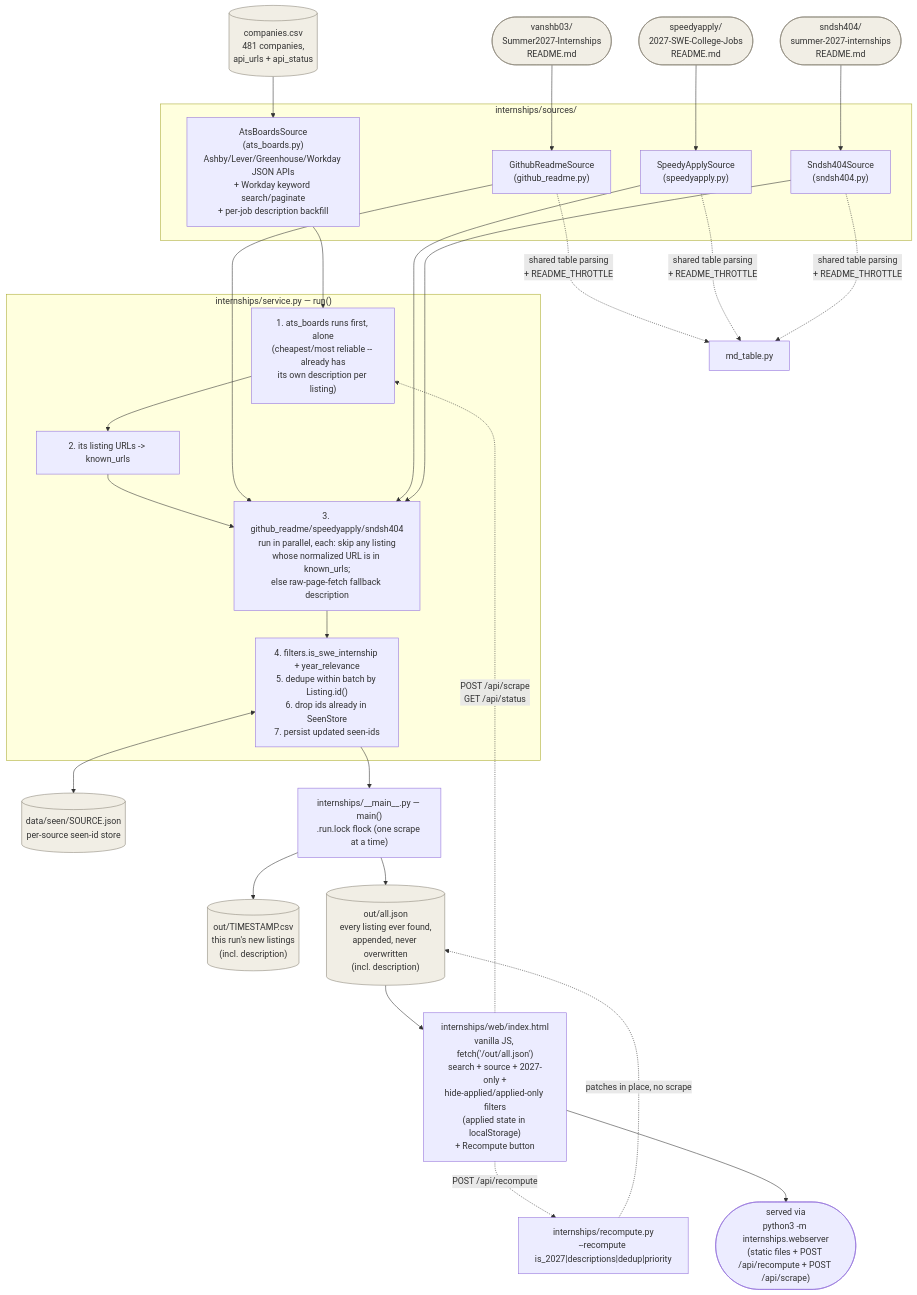
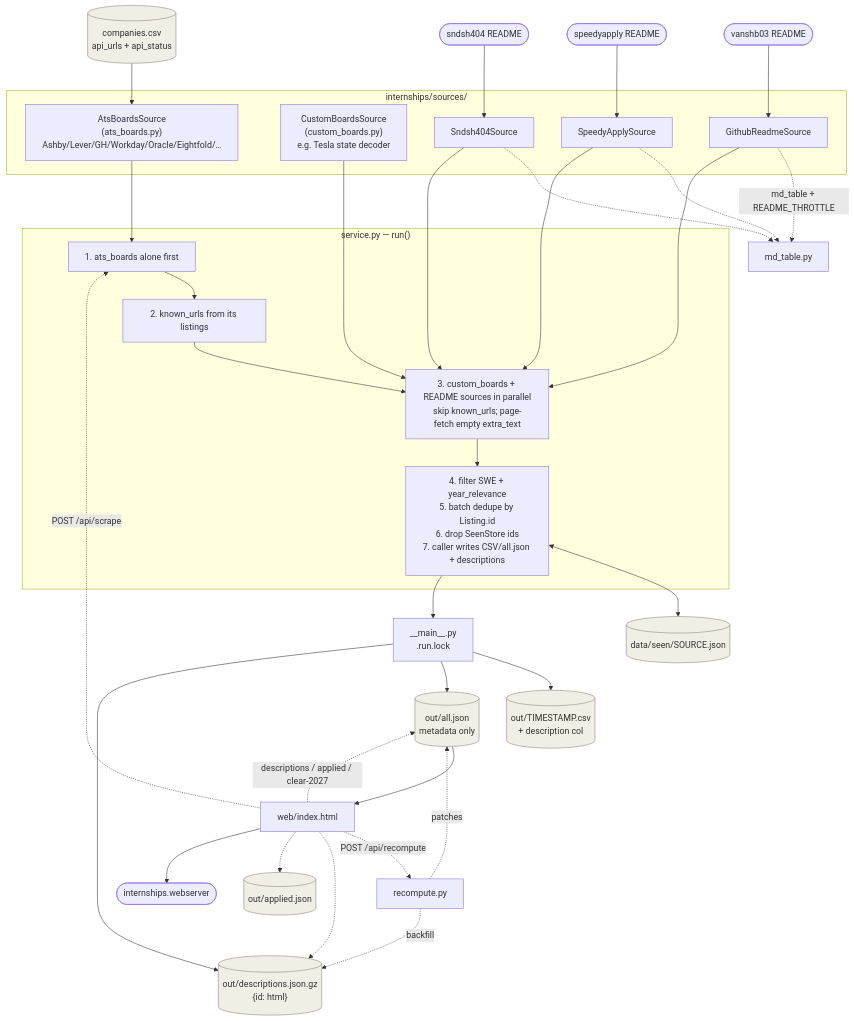
The diagram in docs/architecture.md (douglasichen/internships), drawn with Mermaid before and after one commit. The commit also changed other lines of this file and 7 other files, not shown here.

First line of the commit message:
Docs: refresh README, architecture, and agent notes (#64)

````diff
--- a/docs/architecture.md
+++ b/docs/architecture.md
@@ -9,53 +9,59 @@
 ```mermaid
 flowchart TD
     subgraph Sources["internships/sources/"]
-        ATS["AtsBoardsSource\n(ats_boards.py)\nAshby/Lever/Greenhouse/Workday JSON APIs\n+ Workday keyword search/paginate\n+ per-job description backfill"]
-        GH["GithubReadmeSource\n(github_readme.py)"]
-        SA["SpeedyApplySource\n(speedyapply.py)"]
-        SN["Sndsh404Source\n(sndsh404.py)"]
+        ATS["AtsBoardsSource\n(ats_boards.py)\nAshby/Lever/GH/Workday/Oracle/Eightfold/…"]
+        CB["CustomBoardsSource\n(custom_boards.py)\ne.g. Tesla state decoder"]
+        GH["GithubReadmeSource"]
+        SA["SpeedyApplySource"]
+        SN["Sndsh404Source"]
     end
 
-    CSV[("companies.csv\n481 companies,\napi_urls + api_status")] --> ATS
-    R1(["vanshb03/\nSummer2027-Internships\nREADME.md"]) --> GH
-    R2(["speedyapply/\n2027-SWE-College-Jobs\nREADME.md"]) --> SA
-    R3(["sndsh404/\nsummer-2027-internships\nREADME.md"]) --> SN
+    CSV[("companies.csv\napi_urls + api_status")] --> ATS
+    R1(["vanshb03 README"]) --> GH
+    R2(["speedyapply README"]) --> SA
+    R3(["sndsh404 README"]) --> SN
 
-    GH -.->|shared table parsing\n+ README_THROTTLE| MD["md_table.py"]
-    SA -.->|shared table parsing\n+ README_THROTTLE| MD
-    SN -.->|shared table parsing\n+ README_THROTTLE| MD
+    GH -.->|md_table + README_THROTTLE| MD["md_table.py"]
+    SA -.-> MD
+    SN -.-> MD
 
-    subgraph Orchestrator["internships/service.py — run()"]
-        STEP1["1. ats_boards runs first, alone\n(cheapest/most reliable -- already has\nits own description per listing)"]
-        STEP2["2. its listing URLs -> known_urls"]
-        STEP3["3. github_readme/speedyapply/sndsh404\nrun in parallel, each: skip any listing\nwhose normalized URL is in known_urls;\nelse raw-page-fetch fallback description"]
-        STEP4["4. filters.is_swe_internship + year_relevance\n5. dedupe within batch by Listing.id()\n6. drop ids already in SeenStore\n7. persist updated seen-ids"]
+    subgraph Orchestrator["service.py — run()"]
+        STEP1["1. ats_boards alone first"]
+        STEP2["2. known_urls from its listings"]
+        STEP3["3. custom_boards + README sources in parallel\nskip known_urls; page-fetch empty extra_text"]
+        STEP4["4. filter SWE + year_relevance\n5. batch dedupe by Listing.id\n6. drop SeenStore ids\n7. caller writes CSV/all.json + descriptions"]
         STEP1 --> STEP2 --> STEP3 --> STEP4
     end
 
     ATS --> STEP1
+    CB --> STEP3
     GH --> STEP3
     SA --> STEP3
     SN --> STEP3
 
-    SEEN[("data/seen/SOURCE.json\nper-source seen-id store")]
+    SEEN[("data/seen/SOURCE.json")]
     STEP4 <--> SEEN
 
-    STEP4 --> MAIN["internships/__main__.py — main()\n.run.lock flock (one scrape at a time)"]
-    MAIN --> CSVOUT[("out/TIMESTAMP.csv\nthis run's new listings\n(incl. description)")]
-    MAIN --> ALLJSON[("out/all.json\nevery listing ever found,\nappended, never overwritten\n(incl. description)")]
+    STEP4 --> MAIN["__main__.py\n.run.lock"]
+    MAIN --> CSVOUT[("out/TIMESTAMP.csv\n+ description col")]
+    MAIN --> ALLJSON[("out/all.json\nmetadata only")]
+    MAIN --> DESCS[("out/descriptions.json.gz\n{id: html}")]
 
-    RECOMPUTE["internships/recompute.py\n--recompute is_2027|descriptions|dedup|priority"] -.->|patches in place, no scrape| ALLJSON
+    RECOMPUTE["recompute.py"] -.->|patches| ALLJSON
+    RECOMPUTE -.->|backfill| DESCS
     WEB -.->|POST /api/recompute| RECOMPUTE
-    WEB -.->|POST /api/scrape\nGET /api/status| STEP1
+    WEB -.->|POST /api/scrape| STEP1
+    WEB -.->|descriptions / applied / clear-2027| ALLJSON
+    WEB -.-> DESCS
+    WEB -.-> APPLIED[("out/applied.json")]
 
-    ALLJSON --> WEB["internships/web/index.html\nvanilla JS, fetch('/out/all.json')\nsearch + source + 2027-only +\nhide-applied/applied-only filters\n(applied state in localStorage)\n+ Recompute button"]
-    WEB --> Browser(["served via\npython3 -m internships.webserver\n(static files + POST /api/recompute + POST /api/scrape)"])
+    ALLJSON --> WEB["web/index.html"]
+    WEB --> Browser(["internships.webserver"])
 
     style CSV fill:#F1EEE5,stroke:#8A8478
-    style R1 fill:#F1EEE5,stroke:#8A8478
-    style R2 fill:#F1EEE5,stroke:#8A8478
-    style R3 fill:#F1EEE5,stroke:#8A8478
     style SEEN fill:#F1EEE5,stroke:#8A8478
     style CSVOUT fill:#F1EEE5,stroke:#8A8478
     style ALLJSON fill:#F1EEE5,stroke:#8A8478
+    style DESCS fill:#F1EEE5,stroke:#8A8478
+    style APPLIED fill:#F1EEE5,stroke:#8A8478
 ```
````
